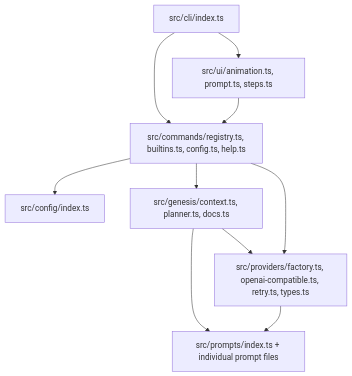
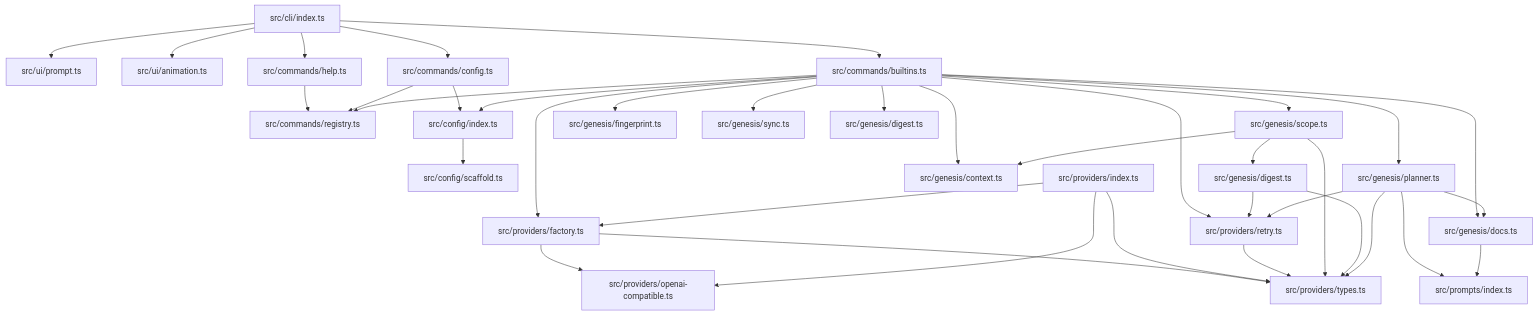
Before and after one commit to Aether-One/aether: the first of 3 diagrams in .aether/docs/diagrams/system.md, drawn with Mermaid. The commit also changed other lines of this file and 26 other files, not shown here.

First line of the commit message:
feat: add /sync, snapshot, fingerprint & scaffold

````diff
--- a/.aether/docs/diagrams/system.md
+++ b/.aether/docs/diagrams/system.md
@@ -7,20 +9,63 @@
 ```mermaid
 graph TD
-  cli["src/cli/index.ts"]
-  commands["src/commands/registry.ts, builtins.ts, config.ts, help.ts"]
-  config["src/config/index.ts"]
-  genesis["src/genesis/context.ts, planner.ts, docs.ts"]
-  providers["src/providers/factory.ts, openai-compatible.ts, retry.ts, types.ts"]
-  prompts["src/prompts/index.ts + individual prompt files"]
-  ui["src/ui/animation.ts, prompt.ts, steps.ts"]
+    CLI["src/cli/index.ts"]
+    UI_PROMPT["src/ui/prompt.ts"]
+    UI_ANIM["src/ui/animation.ts"]
+    CMD_HELP["src/commands/help.ts"]
+    CMD_BUILT["src/commands/builtins.ts"]
+    CMD_CONFIG["src/commands/config.ts"]
+    CMD_REG["src/commands/registry.ts"]
+    CFG["src/config/index.ts"]
+    SCAFFOLD["src/config/scaffold.ts"]
+    PROV_IDX["src/providers/index.ts"]
+    PROV_FACT["src/providers/factory.ts"]
+    PROV_OAI["src/providers/openai-compatible.ts"]
+    PROV_TYPES["src/providers/types.ts"]
+    PROV_RETRY["src/providers/retry.ts"]
+    GEN_CTX["src/genesis/context.ts"]
+    GEN_DIG["src/genesis/digest.ts"]
+    GEN_PLAN["src/genesis/planner.ts"]
+    GEN_SCOPE["src/genesis/scope.ts"]
+    GEN_DOCS["src/genesis/docs.ts"]
+    GEN_FP["src/genesis/fingerprint.ts"]
+    GEN_SYNC["src/genesis/sync.ts"]
+    GEN_DIGEST["src/genesis/digest.ts"]
+    PROMPTS["src/prompts/index.ts"]
 
-  cli --> commands
-  cli --> ui
-  commands --> config
-  commands --> genesis
-  commands --> providers
-  genesis --> prompts
-  genesis --> providers
-  providers --> prompts
-  ui --> commands
+    CLI --> UI_PROMPT
+    CLI --> UI_ANIM
+    CLI --> CMD_HELP
+    CLI --> CMD_BUILT
+    CLI --> CMD_CONFIG
+    CMD_HELP --> CMD_REG
+    CMD_CONFIG --> CMD_REG
+    CMD_CONFIG --> CFG
+    CMD_BUILT --> CMD_REG
+    CMD_BUILT --> CFG
+    CMD_BUILT --> PROV_FACT
+    CMD_BUILT --> PROV_RETRY
+    CMD_BUILT --> GEN_CTX
+    CMD_BUILT --> GEN_DIGEST
+    CMD_BUILT --> GEN_PLAN
+    CMD_BUILT --> GEN_SCOPE
+    CMD_BUILT --> GEN_DOCS
+    CMD_BUILT --> GEN_FP
+    CMD_BUILT --> GEN_SYNC
+    CFG --> SCAFFOLD
+    PROV_FACT --> PROV_OAI
+    PROV_FACT --> PROV_TYPES
+    PROV_IDX --> PROV_OAI
+    PROV_IDX --> PROV_FACT
+    PROV_IDX --> PROV_TYPES
+    PROV_RETRY --> PROV_TYPES
+    GEN_SCOPE --> GEN_CTX
+    GEN_SCOPE --> PROV_TYPES
+    GEN_SCOPE --> GEN_DIG
+    GEN_DIG --> PROV_TYPES
+    GEN_DIG --> PROV_RETRY
+    GEN_PLAN --> PROV_TYPES
+    GEN_PLAN --> PROV_RETRY
+    GEN_PLAN --> GEN_DOCS
+    GEN_PLAN --> PROMPTS
+    GEN_DOCS --> PROMPTS
 ```
````
